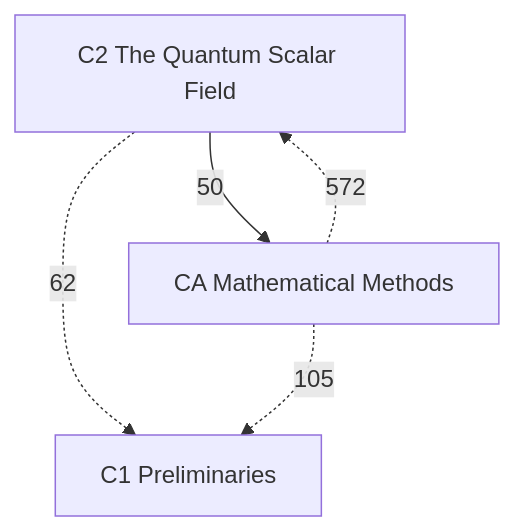
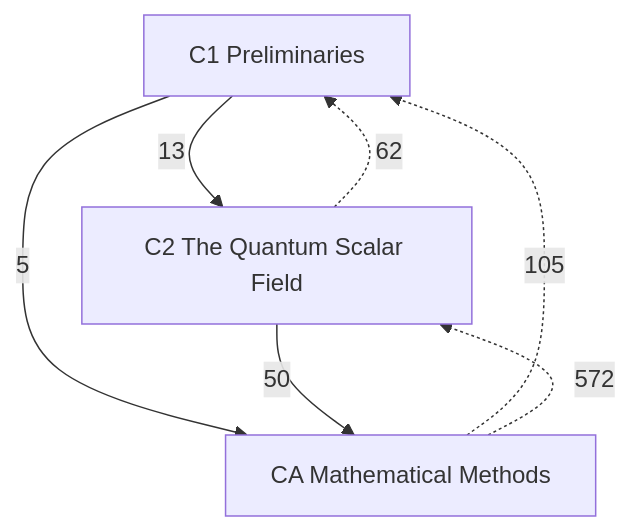
Before and after one commit to Onion20040508/notes: the diagram in Physics/Quantum Field Theory/Quantum Field Theory.md, drawn with Mermaid. The commit also changed 52 other files, not shown here.

````diff
--- a/Physics/Quantum Field Theory/Quantum Field Theory.md
+++ b/Physics/Quantum Field Theory/Quantum Field Theory.md
@@ -22,10 +22,12 @@
 ```mermaid
 graph TD
   C1["C1 Preliminaries"]
   C2["C2 The Quantum Scalar Field"]
   CA["CA Mathematical Methods"]
+  C1 -->|13| C2
+  C1 -->|5| CA
   C2 -->|50| CA
   C2 -.->|62| C1
   CA -.->|105| C1
   CA -.->|572| C2
 ```
````
